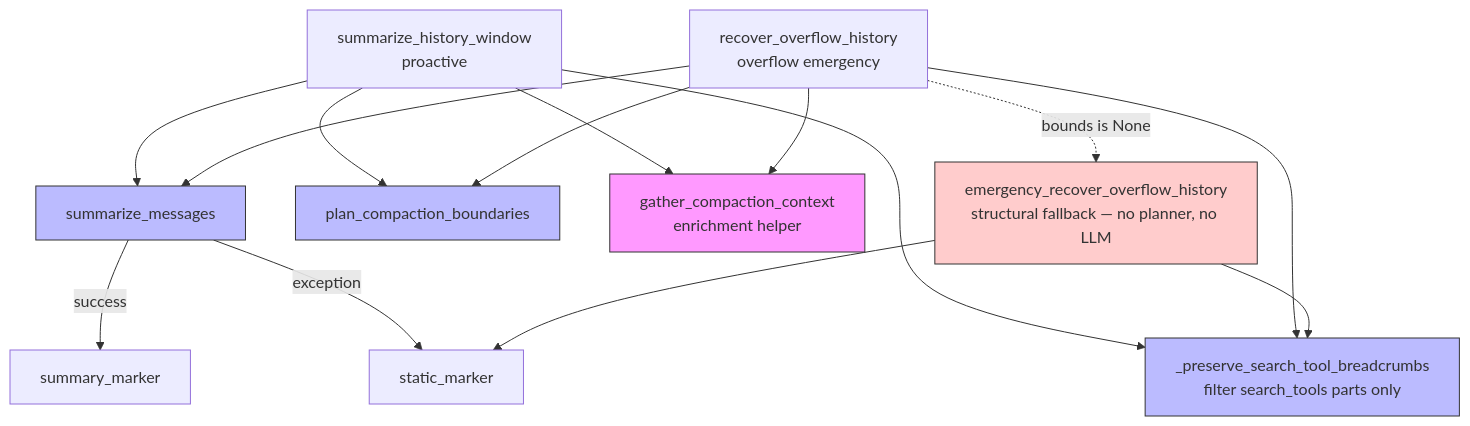
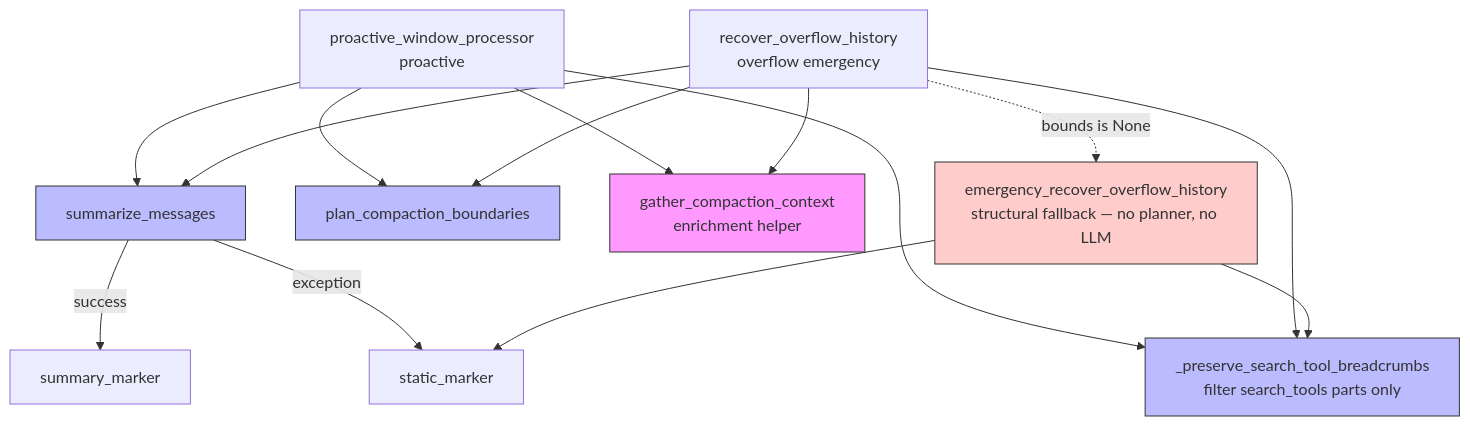
Before and after one commit to binlecode/co-cli: the sixth of 7 diagrams in docs/specs/compaction.md, drawn with Mermaid. The commit also changed other lines of this file and 12 other files, not shown here.

````diff
--- a/docs/specs/compaction.md
+++ b/docs/specs/compaction.md
@@ -255,34 +255,34 @@
 ```mermaid
 flowchart TD
-    L3[summarize_history_window<br/>proactive]
+    L3[proactive_window_processor<br/>proactive]
     L5[recover_overflow_history<br/>overflow emergency]
     L6[emergency_recover_overflow_history<br/>structural fallback — no planner, no LLM]
 
     P[plan_compaction_boundaries]
     E[gather_compaction_context<br/>enrichment helper]
     S[summarize_messages]
     B[_preserve_search_tool_breadcrumbs<br/>filter search_tools parts only]
 
     MK_SUM[summary_marker]
     MK_ST[static_marker]
 
     L3 --> P
     L5 --> P
     L3 --> E
     L5 --> E
     L3 --> S
     L5 --> S
     S -->|success| MK_SUM
     S -->|exception| MK_ST
     L3 --> B
     L5 --> B
     L6 --> B
     L5 -.bounds is None.-> L6
     L6 --> MK_ST
 
     style P fill:#bbf,stroke:#333
     style E fill:#f9f,stroke:#333
     style S fill:#bbf,stroke:#333
     style B fill:#bbf,stroke:#333
     style L6 fill:#fcc,stroke:#333
 ```
````
